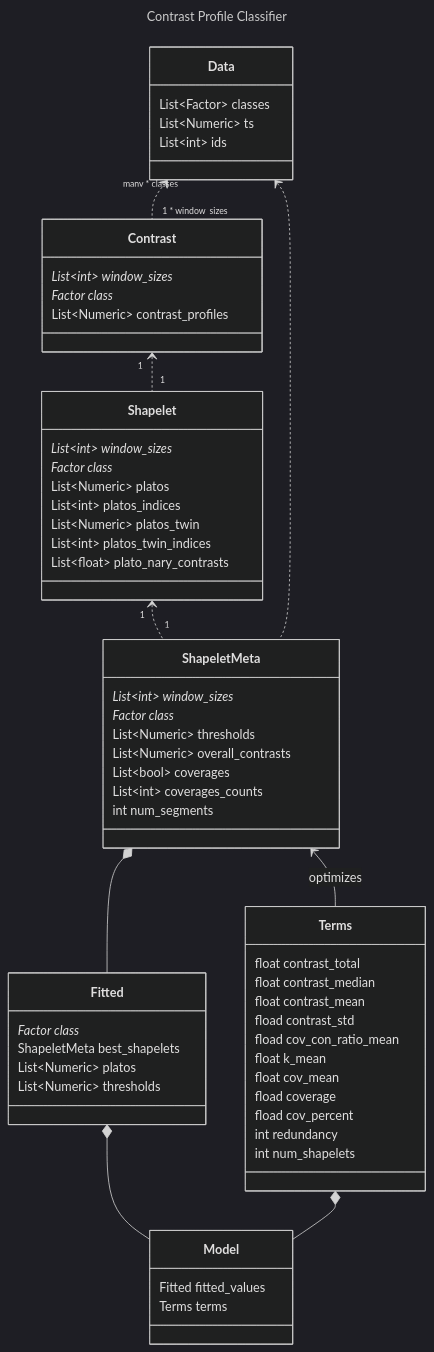
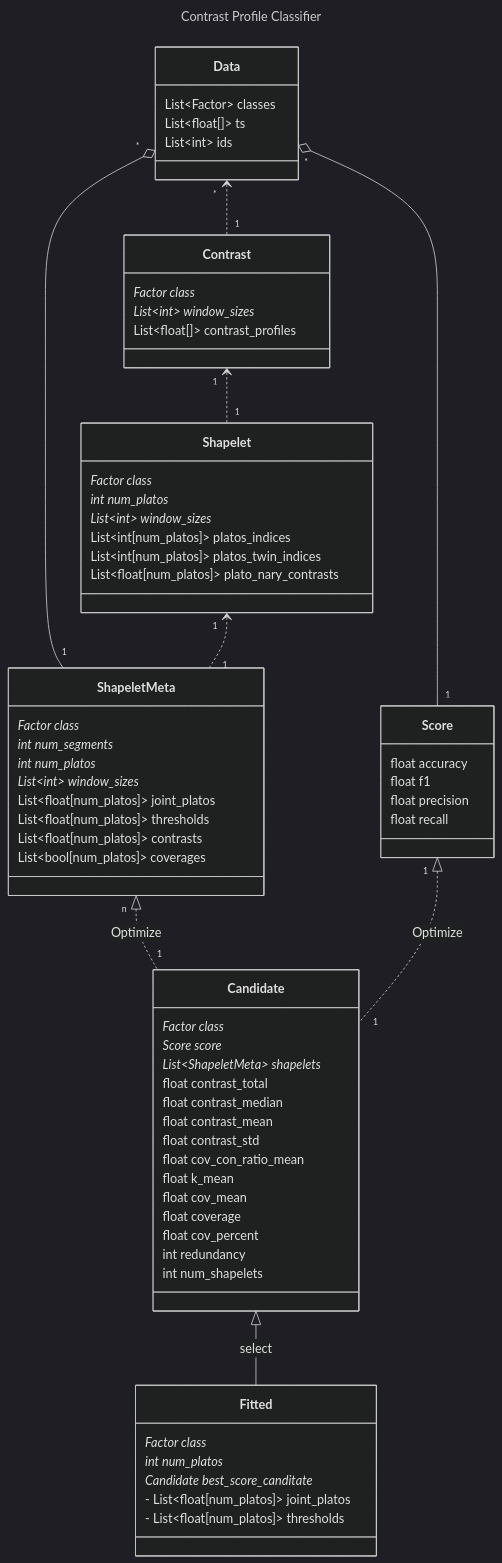
One commit to franzbischoff/false.alarm changed the diagram in flowcharts/contrast_profile.mmd. Above: the diagram before and after it, drawn with Mermaid. The commit also changed 4 other files, not shown here.

Commit message:
flowchart

```diff
--- a/flowcharts/contrast_profile.mmd
+++ b/flowcharts/contrast_profile.mmd
@@ -1,107 +1,106 @@
 ---
 title: Contrast Profile Classifier
 ---
 
 %%{
   init: {
     "securityLevel": "loose",
     "theme": "dark",
     "fontFamily": "Fira Code Medium, Trebuchet MS, Verdana, Arial, Sans-Serif",
     "flowchart": {
-      "diagramPadding": 10
+      "rankSpacing": 70,
+      "nodeSpacing": 70
     }
   }
 }%%
 
 classDiagram
 %% <|-- Inheritance (is-a relationship)
 %% ..>  Dependency (needs but not part of)
 %% ..|> Realization (interface implementation)
 %% *--  Composition (both live and die together)
 %% o--  Aggregation (lifecycle is independent)
 %% -->  Association (generic relationship, that may use cardinality)
 %% --   Link (Solid) (Association without arrows)
 %% ..   Link (Dashed) (Association without arrows and not navigable)
 
-  Data "many * classes" <.. "1 * window_sizes" Contrast
+
+  Data "*" <.. "1" Contrast
+  Data "*" o-- "1" ShapeletMeta
   Contrast "1" <.. "1" Shapelet
   Shapelet "1" <.. "1" ShapeletMeta
-  Data <.. ShapeletMeta
-%%  Shapelet "1..window_sizes" *-- "1" PanContrast_TopK
-%%  Contrast "1..window_sizes" *-- "1" PanContrast_TopK
-
-%%  class PanContrast_TopK {
-%%    Contrast contrasts
-%%    Shapelet shapelets
-%%  }
-
 
   class Data {
     List~Factor~ classes
-    List~Numeric~ ts
+    List~float[]~ ts
     List~int~ ids
   }
 
-
   %% class is the positive class
   class Contrast {
+    Factor class*
     List~int~ window_sizes*
-    Factor class*
-    List~Numeric~ contrast_profiles
+    List~float[]~ contrast_profiles
   }
 
   class Shapelet {
+    Factor class*
+    int num_platos*
     List~int~ window_sizes*
-    Factor class*
-    List~Numeric~ platos
-    List~int~ platos_indices
-    List~Numeric~ platos_twin
-    List~int~ platos_twin_indices
-    List~float~ plato_nary_contrasts
+    List~int[num_platos]~ platos_indices
+    List~int[num_platos]~ platos_twin_indices
+    List~float[num_platos]~ plato_nary_contrasts
   }
 
   %% all Lists have dim m,n where m == num_of_shapelets(k) and n == length(window_sizes)
   %% except coverages that has dim(m) where m == length(window_sizes) and each element has
   %% dim(m,n) where m == num_of_shapelets(k) and n == num_segments
   %% TODO: this need to be reshaped
   %% TODO: num_segments reflect the number of positive samples
   class ShapeletMeta {
+    Factor class*
+    int num_segments*
+    int num_platos*
     List~int~ window_sizes*
-    Factor class*
-    List~Numeric~ thresholds
-    List~Numeric~ overall_contrasts
-    List~bool~ coverages
-    List~int~ coverages_counts
-    int num_segments
+    List~float[num_platos]~ joint_platos
+    List~float[num_platos]~ thresholds
+    List~float[num_platos]~ contrasts
+    List~bool[num_platos]~ coverages
   }
 
-  ShapeletMeta *-- Fitted
-  Fitted *-- Model
-  Terms *-- Model
-  ShapeletMeta <-- Terms : optimizes
+  ShapeletMeta "n" <|.. "1" Candidate : Optimize
+  Data "*" o-- "1" Score
+  Score "1" <|.. "1" Candidate : Optimize
+  Candidate <|-- Fitted : select
+
+  class Score {
+    float accuracy
+    float f1
+    float precision
+    float recall
+  }
 
   class Fitted {
     Factor class*
-    ShapeletMeta best_shapelets
-    List~Numeric~ platos
-    List~Numeric~ thresholds
+    int num_platos*
+    Candidate best_score_canditate*
+    - List~float[num_platos]~ joint_platos
+    - List~float[num_platos]~ thresholds
   }
 
-  class Terms {
-  float contrast_total
-  float contrast_median
-  float contrast_mean
-  fload contrast_std
-  fload cov_con_ratio_mean
-  float k_mean
-  float cov_mean
-  fload coverage
-  fload cov_percent
-    int redundancy
-    int num_shapelets
+  class Candidate {
+    Factor class*
+    Score score*
+    List~ShapeletMeta~ shapelets*
+    float contrast_total
+    float contrast_median
+    float contrast_mean
+    float contrast_std
+    float cov_con_ratio_mean
+    float k_mean
+    float cov_mean
+    float coverage
+    float cov_percent
+      int redundancy
+      int num_shapelets
   }
-
-  class Model {
-    Fitted fitted_values
-    Terms terms
-  }
```
